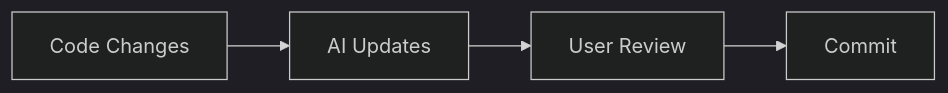
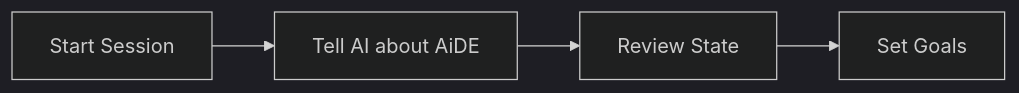
One commit to labrystechnology/AiDE-AI changed the second of 4 diagrams in docs/workflow.md. Above: the diagram before and after it, drawn with Mermaid (dark theme). The commit also changed other lines of this file and 12 other files, not shown here.

````diff
--- a/docs/workflow.md
+++ b/docs/workflow.md
@@ -83,6 +29,6 @@
 ```mermaid
 graph LR
-    A[Code Changes] --> B[AI Updates]
-    B --> C[User Review]
-    C --> D[Commit]
+    A[Start Session] --> B[Tell AI about AiDE]
+    B --> C[Review State]
+    C --> D[Set Goals]
 ```
````
